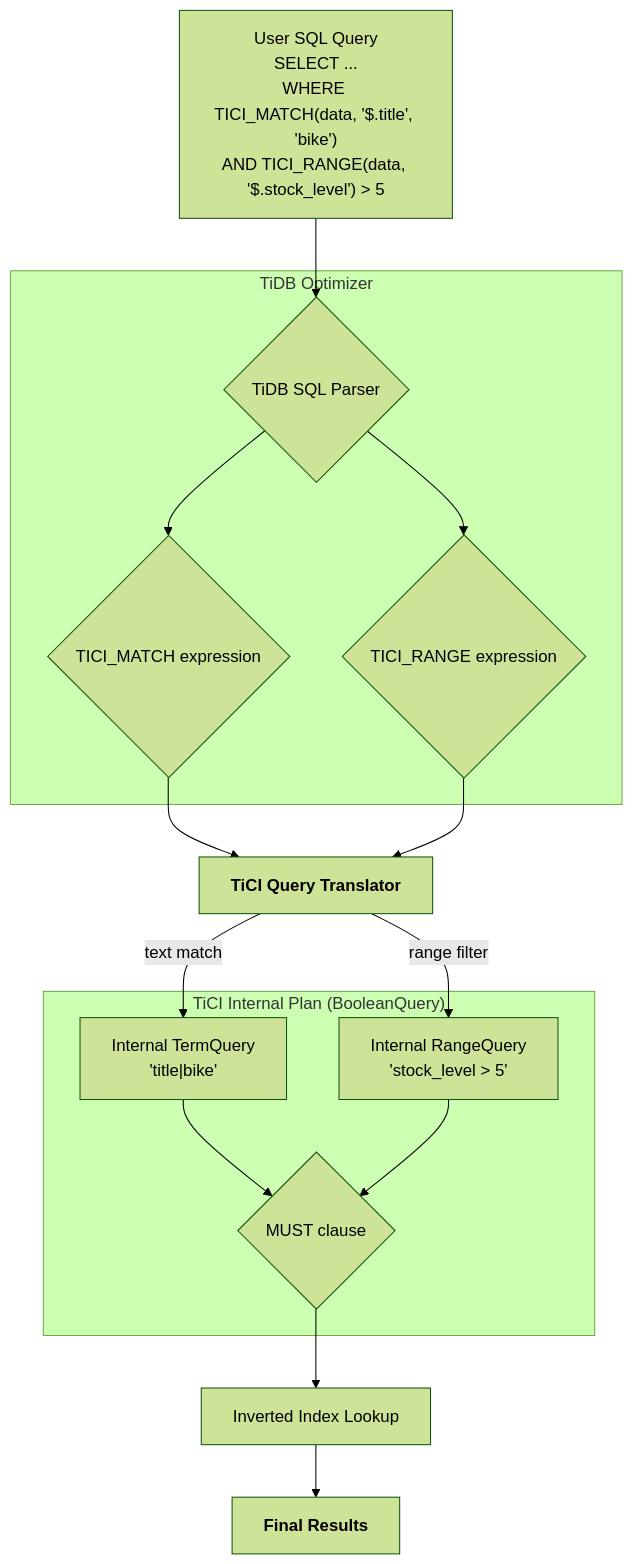
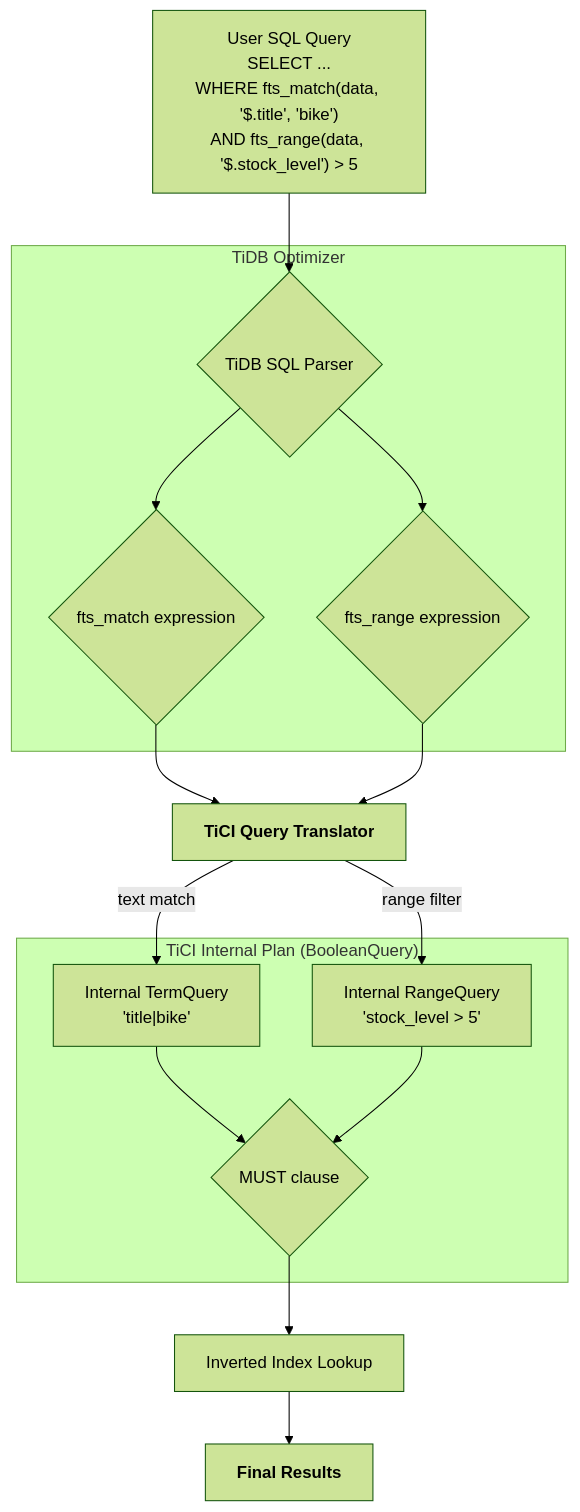
One commit to kolafish/tantivy changed the second of 3 diagrams in TiCI_JSON_Support_Proposal.md. Above: the diagram before and after it, drawn with Mermaid (forest theme). The commit also changed other lines of this file, not shown here.

````diff
--- a/TiCI_JSON_Support_Proposal.md
+++ b/TiCI_JSON_Support_Proposal.md
@@ -154,22 +150,22 @@
 ```mermaid
 graph TD
-    A["User SQL Query<br/>SELECT ...<br/>WHERE TICI_MATCH(data, '$.title', 'bike')<br/>AND TICI_RANGE(data, '$.stock_level') > 5"] --> B{"TiDB SQL Parser"};
+    A["User SQL Query<br/>SELECT ...<br/>WHERE fts_match(data, '$.title', 'bike')<br/>AND fts_range(data, '$.stock_level') > 5"] --> B{"TiDB SQL Parser"};
     
     subgraph "TiDB Optimizer"
-      B --> C{"TICI_MATCH expression"};
-      B --> D{"TICI_RANGE expression"};
+      B --> C{"fts_match expression"};
+      B --> D{"fts_range expression"};
     end
     
     C & D --> E["<strong>TiCI Query Translator</strong>"];
     
     E -- "text match" --> F["Internal TermQuery<br/>'title|bike'"];
     E -- "range filter" --> G["Internal RangeQuery<br/>'stock_level > 5'"];
 
     subgraph "TiCI Internal Plan (BooleanQuery)"
         F --> H{MUST clause};
         G --> H;
     end
     
     H --> I[Inverted Index Lookup];
     I --> J[<B>Final Results</B>];
 ```
````
